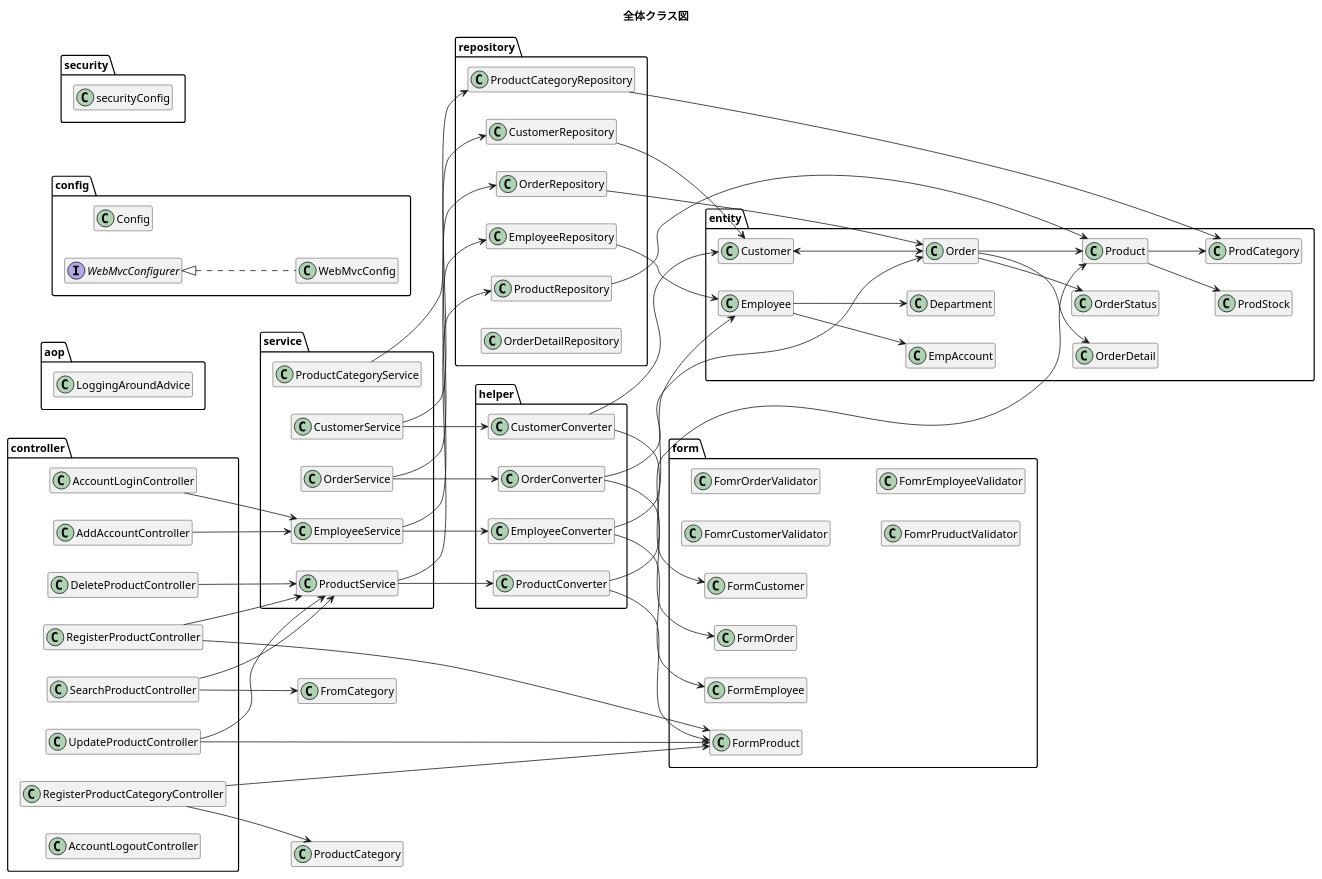
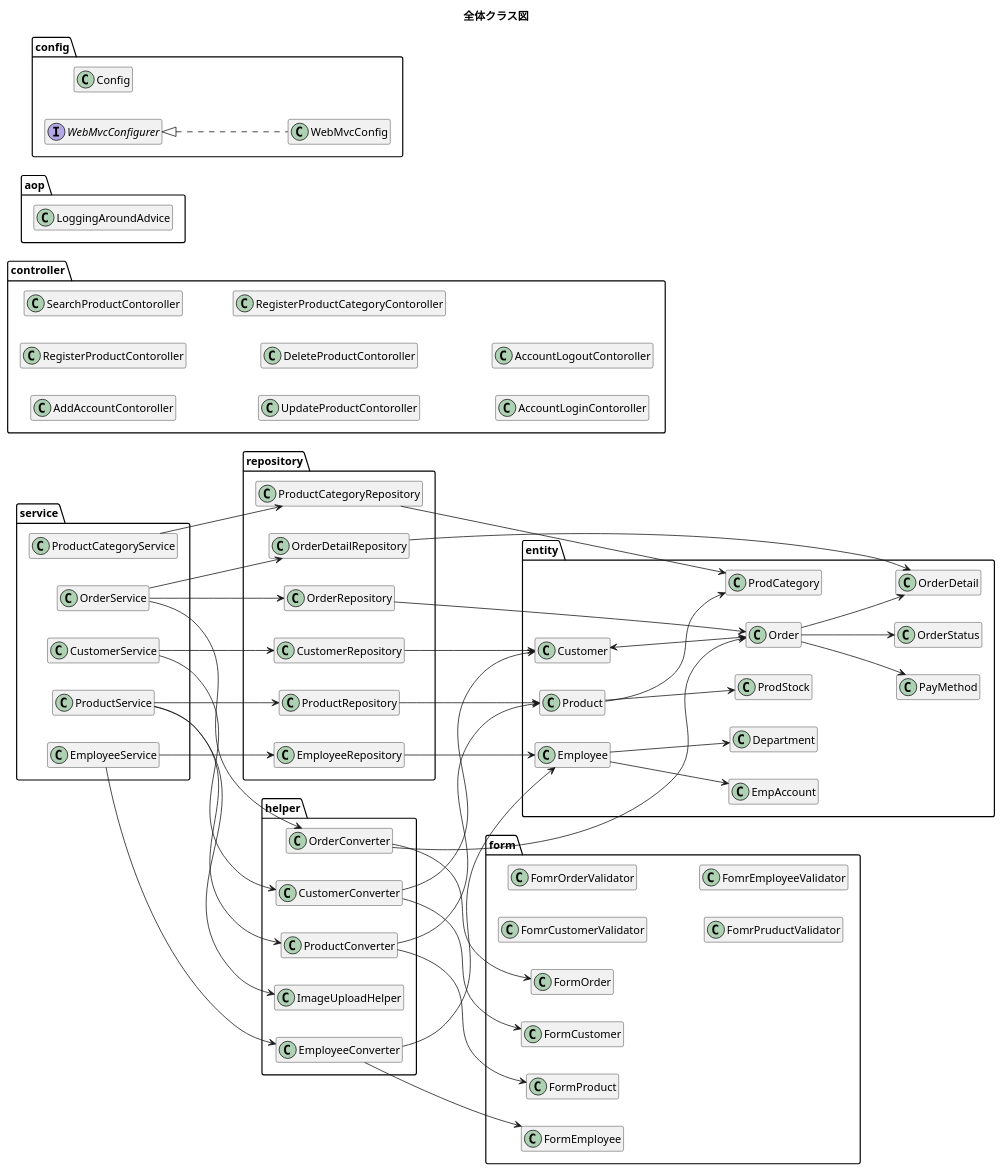
The diagram in plan/uml/class/all.plantuml (kanavii3333/ec-b), drawn with PlantUML before and after one commit. The commit also changed 1 other file, not shown here.

Commit message:
クラス図修正

```diff
--- a/plan/uml/class/all.plantuml
+++ b/plan/uml/class/all.plantuml
@@ -1,196 +1,191 @@
 @startuml
 title 全体クラス図
 hide empty members
 left to right direction
 
 package entity{
     class Customer{
     }
 
     class Order{
     }
 
     class OrderDetail{
     }
 
     class OrderStatus{
+    }
+    
+    class PayMethod{
     }
 
     class Product{
     }
 
     class ProdCategory{
     }
 
     class ProdStock{
     }
 
     class Employee{
     }
 
     class Department{
     }
 
     class EmpAccount{
     }
 }
 
 Customer <--> Order
 Order --> OrderStatus
 Order --> OrderDetail
-Order --> Product
+Order --> PayMethod
 Product --> ProdStock
 Product --> ProdCategory
 Employee --> EmpAccount
 Employee --> Department
 
 package form{
     class FormCustomer{
     }
 
     class FormOrder{
     }
 
     class FormProduct{
     }
 
     class FormEmployee{
     }
     
     class FomrCustomerValidator{
     }
     
     class FomrOrderValidator{
     }
     
     class FomrPruductValidator{
     }
     
     class FomrEmployeeValidator{
     }
 }
 
 package helper{
     class CustomerConverter{
     }
 
     class OrderConverter{
     }
 
     class ProductConverter{
     }
 
     class EmployeeConverter{
+    }
+    
+    class ImageUploadHelper{
     }
 }
 CustomerConverter --> Customer
 CustomerConverter --> FormCustomer
 OrderConverter --> Order
 OrderConverter --> FormOrder
 ProductConverter --> Product
 ProductConverter --> FormProduct
 EmployeeConverter --> Employee
 EmployeeConverter --> FormEmployee
 
 package repository{
     class CustomerRepository{
     }
 
     class OrderRepository{
     }
 
     class ProductRepository{
     }
 
     class EmployeeRepository{
     }
 
     class ProductCategoryRepository{
     }
 
     class OrderDetailRepository{
     }
 }
 
 package service{
     class CustomerService{
     }
     
     class OrderService{
     }
     
     class ProductService{
     }
 
     class EmployeeService{
     }
     
     class ProductCategoryService{
     }
 }
 
 CustomerService --> CustomerConverter
 OrderService --> OrderConverter
 ProductService --> ProductConverter
+ProductService --> ImageUploadHelper
 EmployeeService --> EmployeeConverter
 
 CustomerService --> CustomerRepository
 OrderService --> OrderRepository
+OrderService --> OrderDetailRepository
 ProductService --> ProductRepository
 EmployeeService --> EmployeeRepository
 ProductCategoryService --> ProductCategoryRepository
 
 CustomerRepository --> Customer
 OrderRepository --> Order
+OrderDetailRepository --> OrderDetail
 ProductRepository --> Product
 EmployeeRepository --> Employee
 ProductCategoryRepository --> ProdCategory
 
 
 package controller{
-    class AddAccountController{
+    class AddAccountContoroller{
     }
-    class RegisterProductController{
+    class RegisterProductContoroller{
     }
-    class SearchProductController{
+    class SearchProductContoroller{
     }
-    class UpdateProductController{
+    class SearchProductContoroller{
     }
-    class DeleteProductController{
+    class UpdateProductContoroller{
     }
-    class RegisterProductCategoryController{
+    class DeleteProductContoroller{
     }
-    class AccountLoginController{
+    class RegisterProductCategoryContoroller{
     }
-    class AccountLogoutController{
+    class AccountLoginContoroller{
+    }
+    class  AccountLogoutContoroller{
     }
 }
-AddAccountController --> EmployeeService
-RegisterProductController --> FormProduct
-RegisterProductController --> ProductService
-SearchProductController -->	ProductService
-SearchProductController --> FromCategory
-UpdateProductController --> FormProduct
-UpdateProductController --> ProductService
-DeleteProductController --> ProductService
-RegisterProductCategoryController --> FormProduct
-RegisterProductCategoryController --> ProductCategory
-AccountLoginController --> EmployeeService
 
 package aop{
    class LoggingAroundAdvice {
    }
 }
 
 package config{
     class Config{
     }
     class WebMvcConfig implements WebMvcConfigurer {
     }
 }
-
-package security{
-   class securityConfig{
-   }
-}
 @enduml
```
